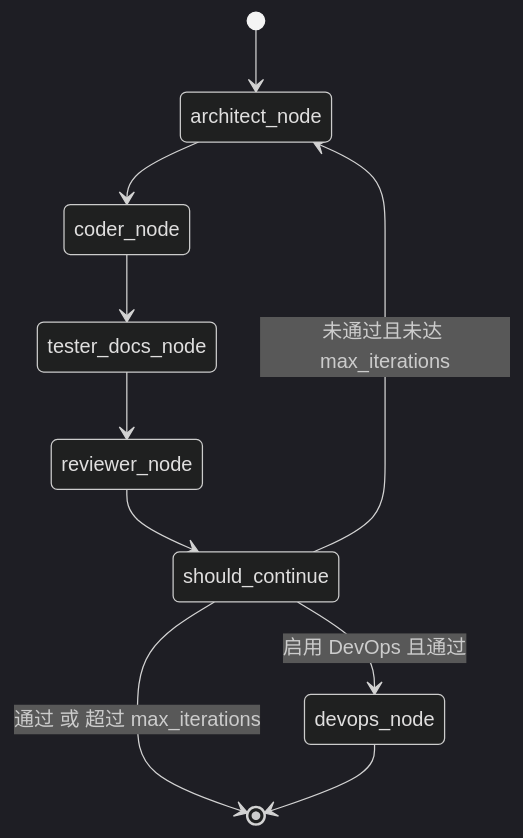
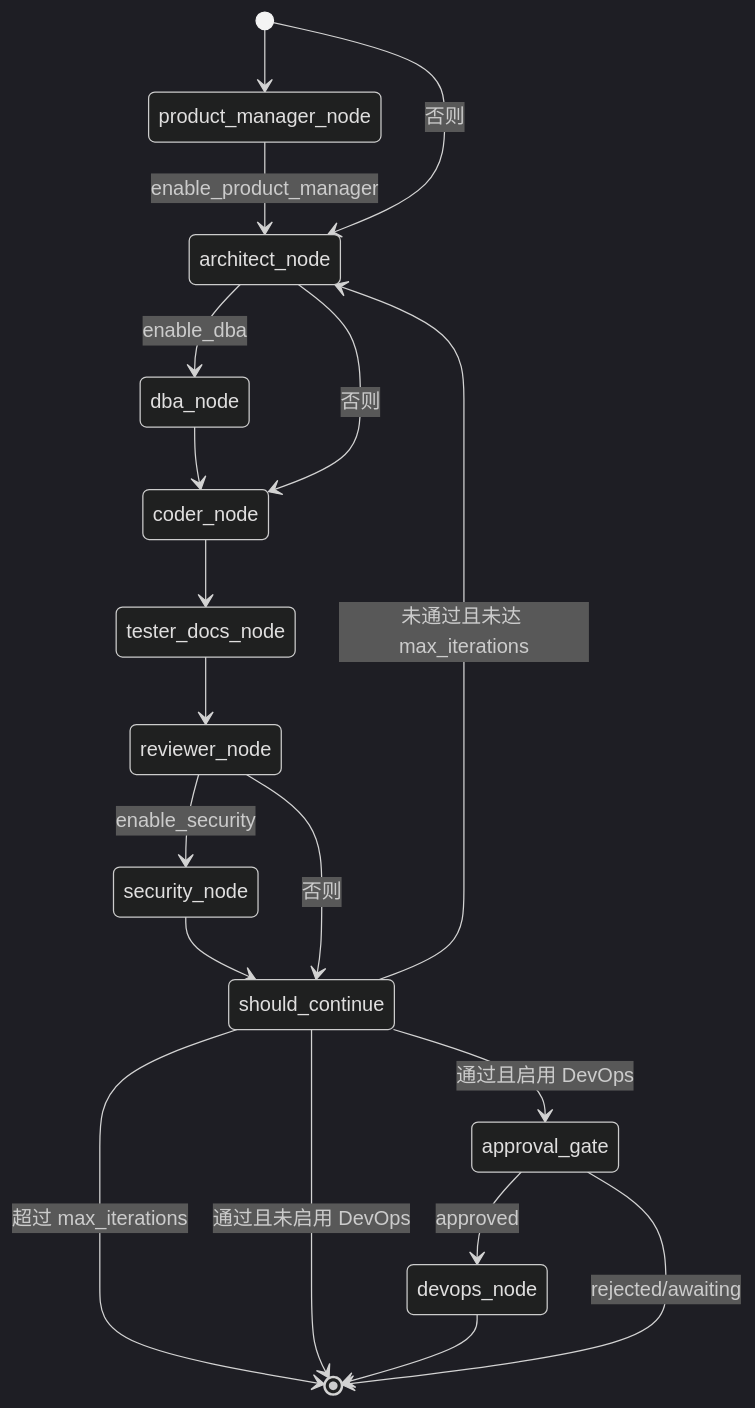
The first of 3 diagrams in ARCHITECTURE.md (colbertlee/dev-agent-system), drawn with Mermaid (dark theme) before and after one commit. The commit also changed other lines of this file and 25 other files, not shown here.

````diff
--- a/ARCHITECTURE.md
+++ b/ARCHITECTURE.md
@@ -51,12 +59,21 @@
 ```mermaid
 stateDiagram-v2
-    [*] --> architect_node
-    architect_node --> coder_node
+    [*] --> product_manager_node
+    product_manager_node --> architect_node : enable_product_manager
+    [*] --> architect_node : 否则
+    architect_node --> dba_node : enable_dba
+    dba_node --> coder_node
+    architect_node --> coder_node : 否则
     coder_node --> tester_docs_node
     tester_docs_node --> reviewer_node
-    reviewer_node --> should_continue
+    reviewer_node --> security_node : enable_security
+    security_node --> should_continue
+    reviewer_node --> should_continue : 否则
     should_continue --> architect_node : 未通过且未达 max_iterations
-    should_continue --> [*] : 通过 或 超过 max_iterations
-    should_continue --> devops_node : 启用 DevOps 且通过
+    should_continue --> [*] : 超过 max_iterations
+    should_continue --> approval_gate : 通过且启用 DevOps
+    should_continue --> [*] : 通过且未启用 DevOps
+    approval_gate --> devops_node : approved
     devops_node --> [*]
+    approval_gate --> [*] : rejected/awaiting
 ```
````
